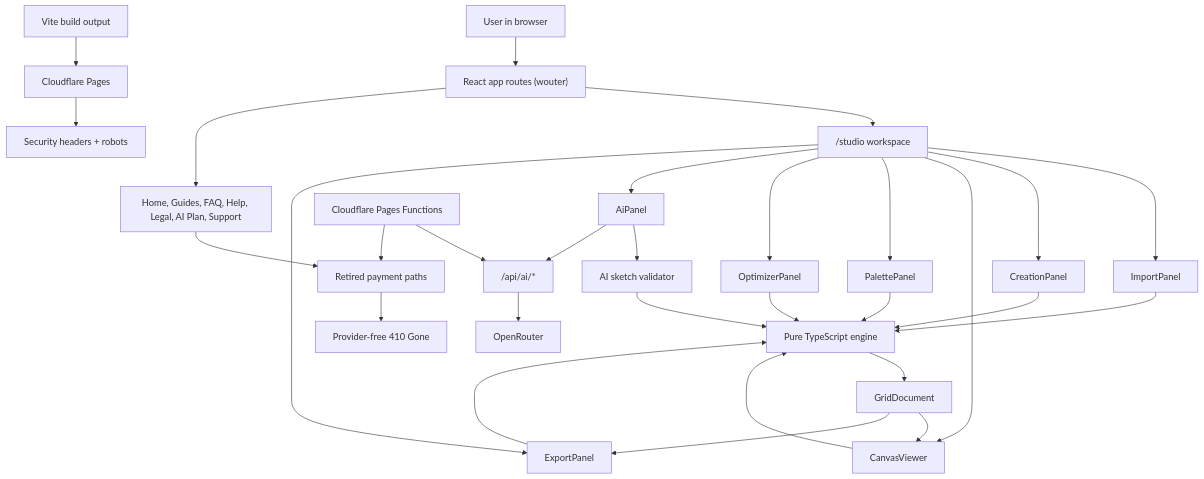
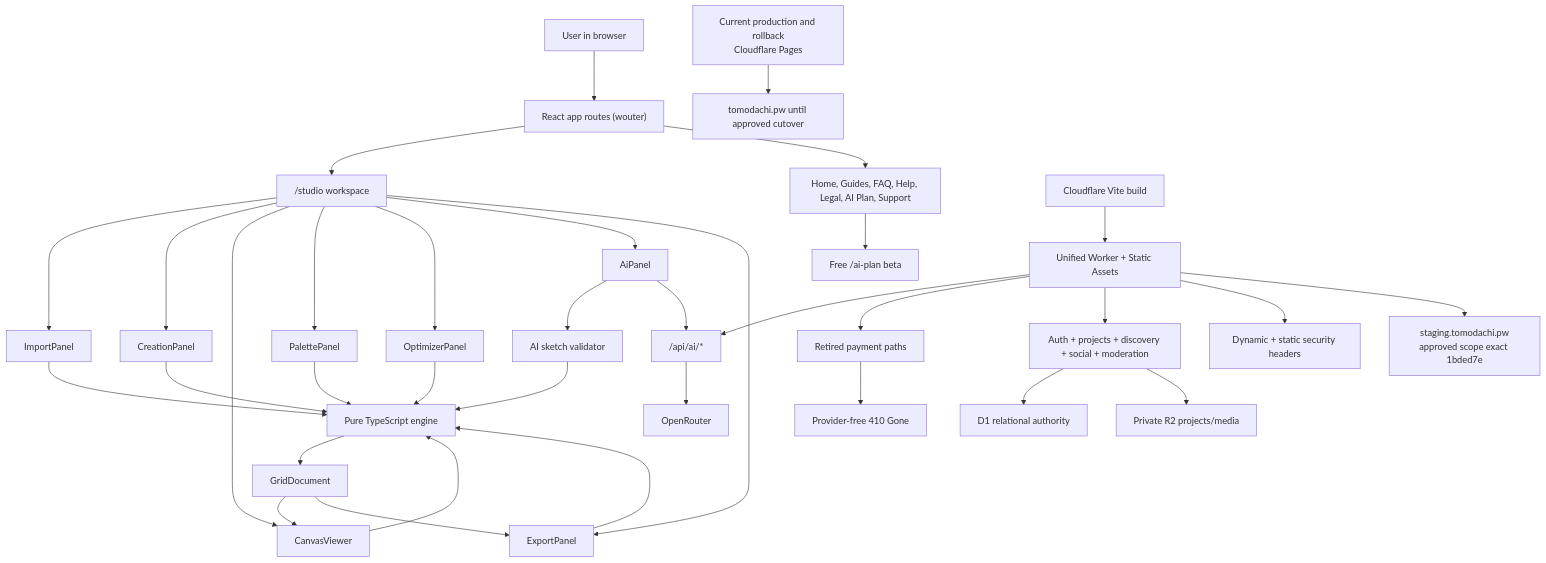
One commit to RazonIn4K/Mii-pixelart changed the first of 8 diagrams in living-the-grid-studio/PROJECT_STACK_AND_IMPLEMENTATION.md. Above: the diagram before and after it, drawn with Mermaid. The commit also changed other lines of this file and 380 other files, not shown here.

First line of the commit message:
Build Island Workshop community platform (#2)

````diff
--- a/living-the-grid-studio/PROJECT_STACK_AND_IMPLEMENTATION.md
+++ b/living-the-grid-studio/PROJECT_STACK_AND_IMPLEMENTATION.md
@@ -51,38 +79,44 @@
 ```mermaid
 flowchart TD
   User["User in browser"] --> Routes["React app routes (wouter)"]
   Routes --> Studio["/studio workspace"]
   Routes --> SitePages["Home, Guides, FAQ, Help, Legal, AI Plan, Support"]
 
   Studio --> Import["ImportPanel"]
   Studio --> Create["CreationPanel"]
   Studio --> Canvas["CanvasViewer"]
   Studio --> Palette["PalettePanel"]
   Studio --> Optimize["OptimizerPanel"]
   Studio --> AI["AiPanel"]
   Studio --> Export["ExportPanel"]
 
   Import --> Engine["Pure TypeScript engine"]
   Create --> Engine
   Canvas --> Engine
   Palette --> Engine
   Optimize --> Engine
   AI --> AiSketch["AI sketch validator"]
   AiSketch --> Engine
   Export --> Engine
 
   Engine --> GridDoc["GridDocument"]
   GridDoc --> Canvas
   GridDoc --> Export
 
   AI --> ApiAI["/api/ai/*"]
   ApiAI --> OpenRouter["OpenRouter"]
 
-  SitePages --> RetiredPayment["Retired payment paths"]
-  RetiredPayment --> Gone["Provider-free 410 Gone"]
+  SitePages --> AiPlan["Free /ai-plan beta"]
+  LegacyPayment["Retired payment paths"] --> Gone["Provider-free 410 Gone"]
 
-  BrowserBuild["Vite build output"] --> CloudflarePages["Cloudflare Pages"]
-  Functions["Cloudflare Pages Functions"] --> ApiAI
-  Functions --> RetiredPayment
-  CloudflarePages --> Headers["Security headers + robots"]
+  BrowserBuild["Cloudflare Vite build"] --> Worker["Unified Worker + Static Assets"]
+  Worker --> ApiAI
+  Worker --> LegacyPayment
+  Worker --> Community["Auth + projects + discovery + social + moderation"]
+  Community --> D1["D1 relational authority"]
+  Community --> R2["Private R2 projects/media"]
+  Worker --> Headers["Dynamic + static security headers"]
+
+  Worker --> Staging["staging.tomodachi.pw\napproved scope exact 1bded7e"]
+  LegacyPages["Current production and rollback\nCloudflare Pages"] --> Live["tomodachi.pw until approved cutover"]
 ```
````
